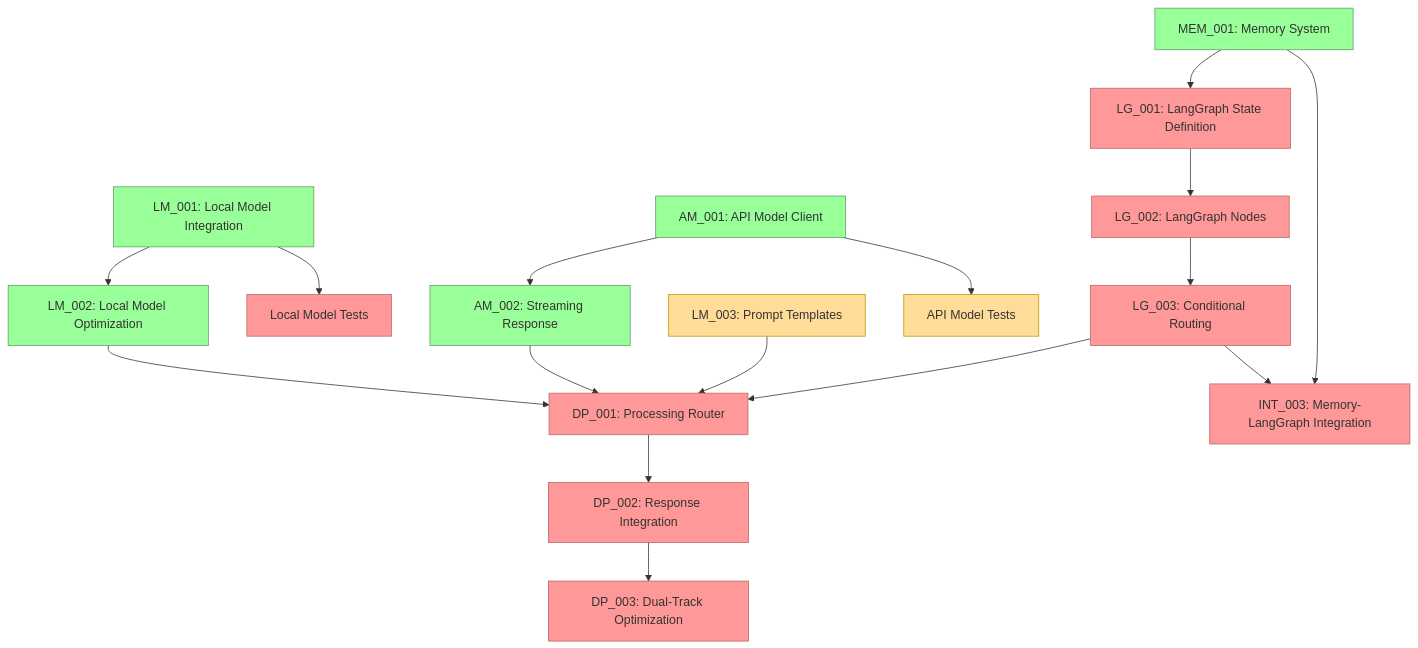
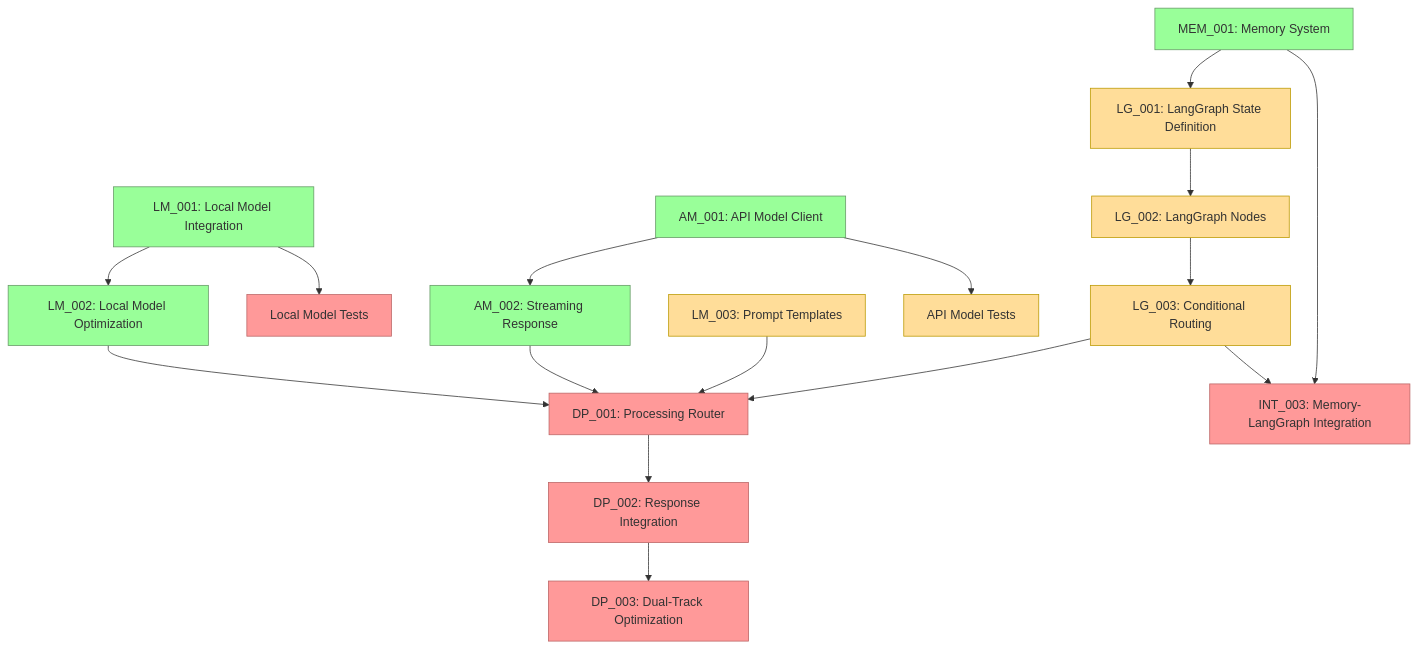
The diagram in SESSION_STATE.md (vigil-313/VANTA-ALPHA), drawn with Mermaid before and after one commit. The commit also changed other lines of this file and 3 other files, not shown here.

````diff
--- a/SESSION_STATE.md
+++ b/SESSION_STATE.md
@@ -251,35 +274,35 @@
 ```mermaid
 graph TD
     %% Core Components with Status
     LM001[LM_001: Local Model Integration] --> LM002[LM_002: Local Model Optimization]
     
     AM001[AM_001: API Model Client] --> AM002[AM_002: Streaming Response]
     
     MEM001[MEM_001: Memory System] --> LG001[LG_001: LangGraph State Definition]
     LG001 --> LG002[LG_002: LangGraph Nodes]
     LG002 --> LG003[LG_003: Conditional Routing]
     
     LM002 & AM002 & LG003 --> DP001[DP_001: Processing Router]
     
     LM003[LM_003: Prompt Templates] --> DP001
     
     %% Integration path
     DP001 --> DP002[DP_002: Response Integration]
     DP002 --> DP003[DP_003: Dual-Track Optimization]
     
     %% Memory-LangGraph Integration
     LG003 & MEM001 --> INT003[INT_003: Memory-LangGraph Integration]
     
     %% Testing
     LM001 --> LMTest[Local Model Tests]
     AM001 --> AMTest[API Model Tests]
     
     %% Status styling
     classDef completed fill:#9f9,stroke:#696,stroke-width:1px
     classDef inprogress fill:#fd9,stroke:#b90,stroke-width:1px
     classDef notstarted fill:#f99,stroke:#b66,stroke-width:1px
     
     class LM001,AM001,MEM001,LM002,AM002 completed
-    class LM003,AMTest inprogress
-    class LG001,LG002,LG003,INT003,LMTest,DP001,DP002,DP003 notstarted
+    class LM003,AMTest,LG001,LG002,LG003 inprogress
+    class INT003,LMTest,DP001,DP002,DP003 notstarted
 ```
````
